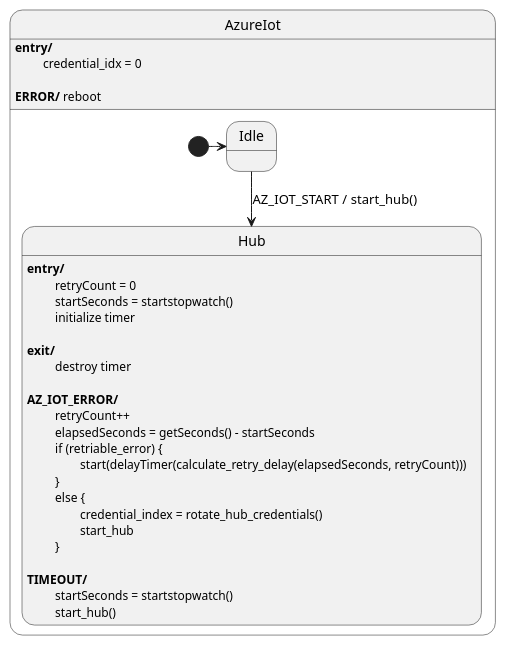
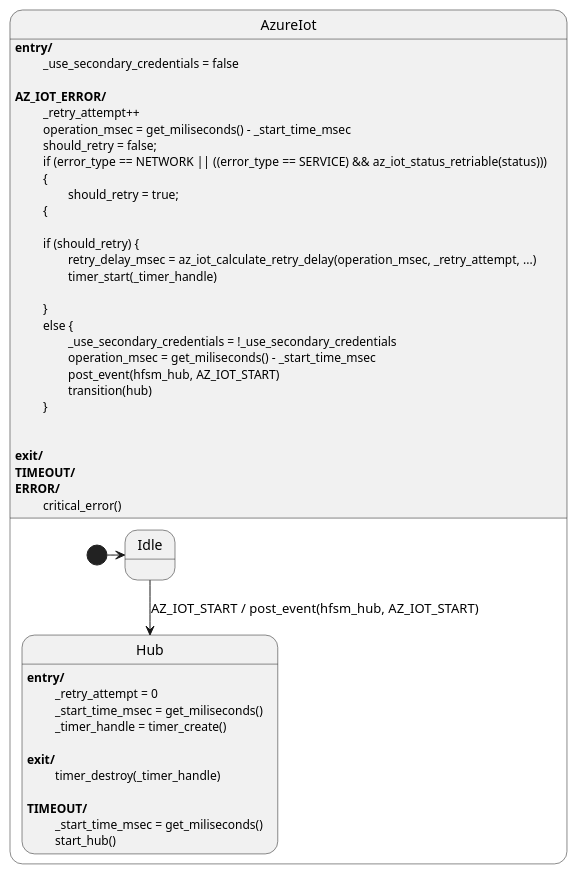
The diagram in demos/common/hfsm/doc/iot_hfsm_no_dps.puml (Azure-Samples/iot-middleware-freertos-samples), drawn with PlantUML before and after one commit. The commit also changed 12 other files, not shown here.

```diff
--- a/demos/common/hfsm/doc/iot_hfsm_no_dps.puml
+++ b/demos/common/hfsm/doc/iot_hfsm_no_dps.puml
@@ -1,39 +1,53 @@
-@startuml Azure IoT HFSM without Provisioning
+@startuml Azure IoT HFSM
 
 state AzureIot {
     state Idle
     
     state Hub
     Hub : <b>entry/</b>
-    Hub : \t retryCount = 0
-    Hub : \t startSeconds = startstopwatch()
-    Hub : \t initialize timer
+    Hub : \t _retry_attempt = 0
+    Hub : \t _start_time_msec = get_miliseconds()
+    Hub : \t _timer_handle = timer_create()
     Hub :
     Hub : <b>exit/</b>
-    Hub : \t destroy timer
+    Hub : \t timer_destroy(_timer_handle)
     Hub : 
-    Hub : <b>AZ_IOT_ERROR/</b>
-    Hub : \t retryCount++
-    Hub : \t elapsedSeconds = getSeconds() - startSeconds
-    Hub : \t if (retriable_error) {
-    Hub : \t\t start(delayTimer(calculate_retry_delay(elapsedSeconds, retryCount)))
-    Hub : \t }
-    Hub : \t else {
-    Hub : \t\t credential_index = rotate_hub_credentials()
-    Hub : \t\t start_hub
-    Hub : \t }
-    Hub :
     Hub : <b>TIMEOUT/</b>
-    Hub : \t startSeconds = startstopwatch()
+    Hub : \t _start_time_msec = get_miliseconds()
     Hub : \t start_hub()
     
     [*] -> Idle
-    Idle --> Hub : AZ_IOT_START / start_hub()
+    Idle --> Hub : AZ_IOT_START / post_event(hfsm_hub, AZ_IOT_START)
 }
 
 AzureIot : <b>entry/</b> 
-AzureIot : \t credential_idx = 0
+AzureIot : \t _use_secondary_credentials = false
 AzureIot :
-AzureIot : <b>ERROR/</b> reboot
+AzureIot : <b>AZ_IOT_ERROR/</b>
+AzureIot : \t _retry_attempt++
+AzureIot : \t operation_msec = get_miliseconds() - _start_time_msec
+AzureIot : \t should_retry = false;
+AzureIot : \t if (error_type == NETWORK || ((error_type == SERVICE) && az_iot_status_retriable(status)))
+AzureIot : \t {
+AzureIot : \t\t should_retry = true;
+AzureIot : \t {
+AzureIot: 
+AzureIot : \t if (should_retry) {
+AzureIot : \t\t retry_delay_msec = az_iot_calculate_retry_delay(operation_msec, _retry_attempt, ...)
+AzureIot : \t\t timer_start(_timer_handle)
+AzureIot : \t\t
+AzureIot : \t }
+AzureIot : \t else {
+AzureIot : \t\t _use_secondary_credentials = !_use_secondary_credentials
+AzureIot:  \t\t operation_msec = get_miliseconds() - _start_time_msec
+AzureIot : \t\t post_event(hfsm_hub, AZ_IOT_START)
+AzureIot : \t\t transition(hub)
+AzureIot : \t }
+AzureIot :
+AzureIot :
+AzureIot : <b>exit/</b>
+AzureIot : <b>TIMEOUT/</b>
+AzureIot : <b>ERROR/</b>
+AzureIot : \t critical_error()
 
 @enduml
```
